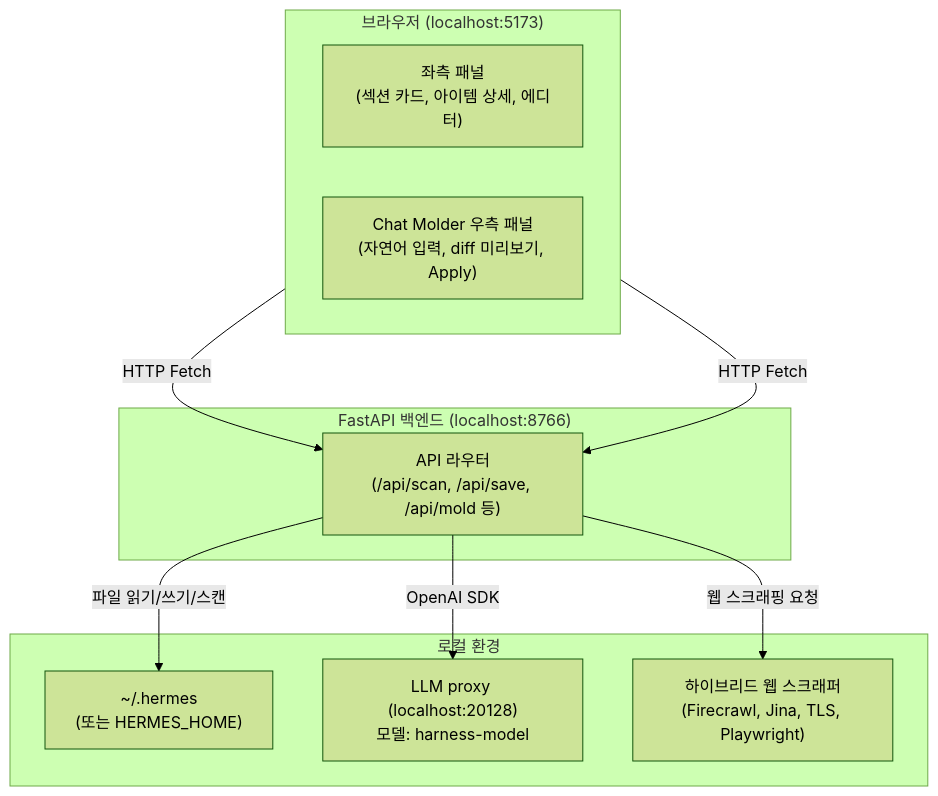
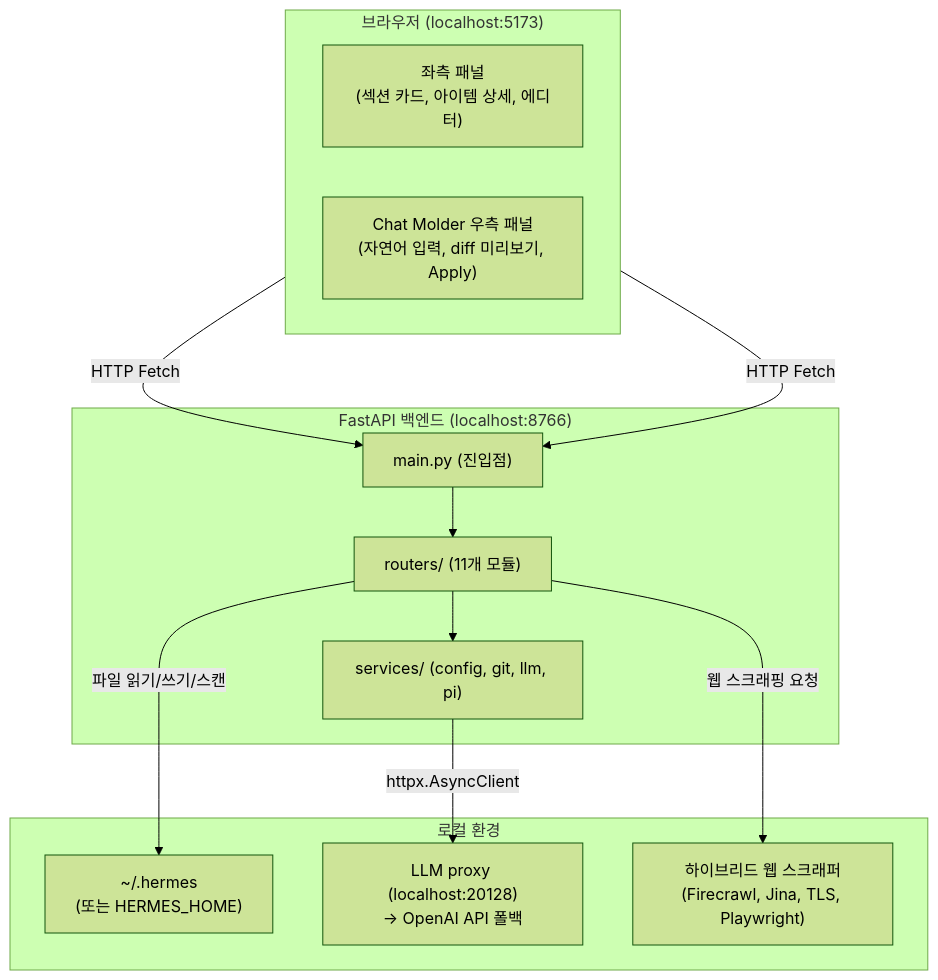
The diagram in README.md (misolove/agent-harness-studio), drawn with Mermaid (forest theme) before and after one commit. The commit also changed other lines of this file and 57 other files, not shown here.

````diff
--- a/README.md
+++ b/README.md
@@ -141,25 +141,29 @@
 ```mermaid
 graph TD
     subgraph Browser["브라우저 (localhost:5173)"]
         direction LR
         L["좌측 패널<br/>(섹션 카드, 아이템 상세, 에디터)"]
         R["Chat Molder 우측 패널<br/>(자연어 입력, diff 미리보기, Apply)"]
     end
 
     subgraph Backend["FastAPI 백엔드 (localhost:8766)"]
-        API["API 라우터<br/>(/api/scan, /api/save, /api/mold 등)"]
+        Main["main.py (진입점)"]
+        Routers["routers/ (11개 모듈)"]
+        Services["services/ (config, git, llm, pi)"]
     end
     
     subgraph LocalEnv["로컬 환경"]
         Hermes["~/.hermes<br/>(또는 HERMES_HOME)"]
-        LLM["LLM proxy (localhost:20128)<br/>모델: harness-model"]
+        LLM["LLM proxy (localhost:20128)<br/>→ OpenAI API 폴백"]
         Scraper["하이브리드 웹 스크래퍼<br/>(Firecrawl, Jina, TLS, Playwright)"]
     end
 
-    L -->|HTTP Fetch| API
-    R -->|HTTP Fetch| API
+    L -->|HTTP Fetch| Main
+    R -->|HTTP Fetch| Main
+    Main --> Routers
+    Routers --> Services
     
-    API -->|파일 읽기/쓰기/스캔| Hermes
-    API -->|OpenAI SDK| LLM
-    API -->|웹 스크래핑 요청| Scraper
+    Routers -->|파일 읽기/쓰기/스캔| Hermes
+    Services -->|httpx.AsyncClient| LLM
+    Routers -->|웹 스크래핑 요청| Scraper
 ```
````
